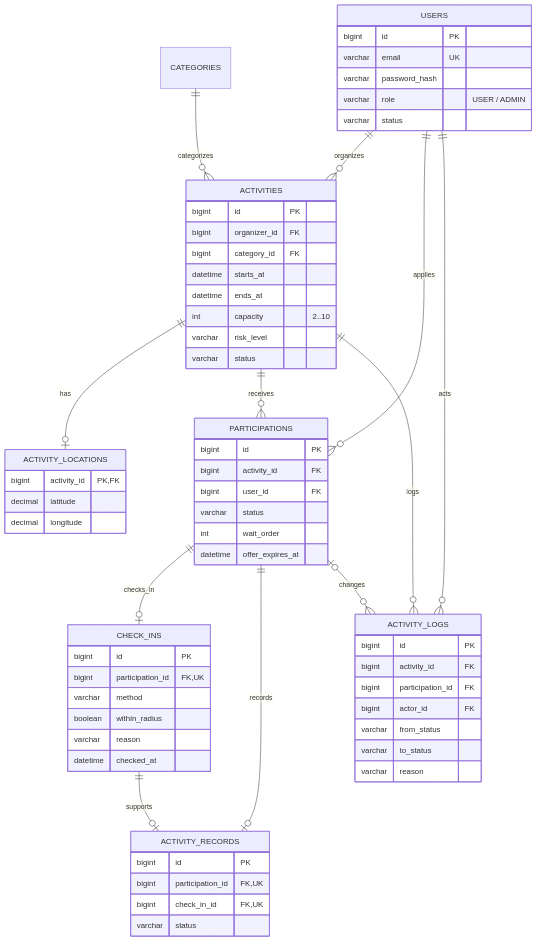
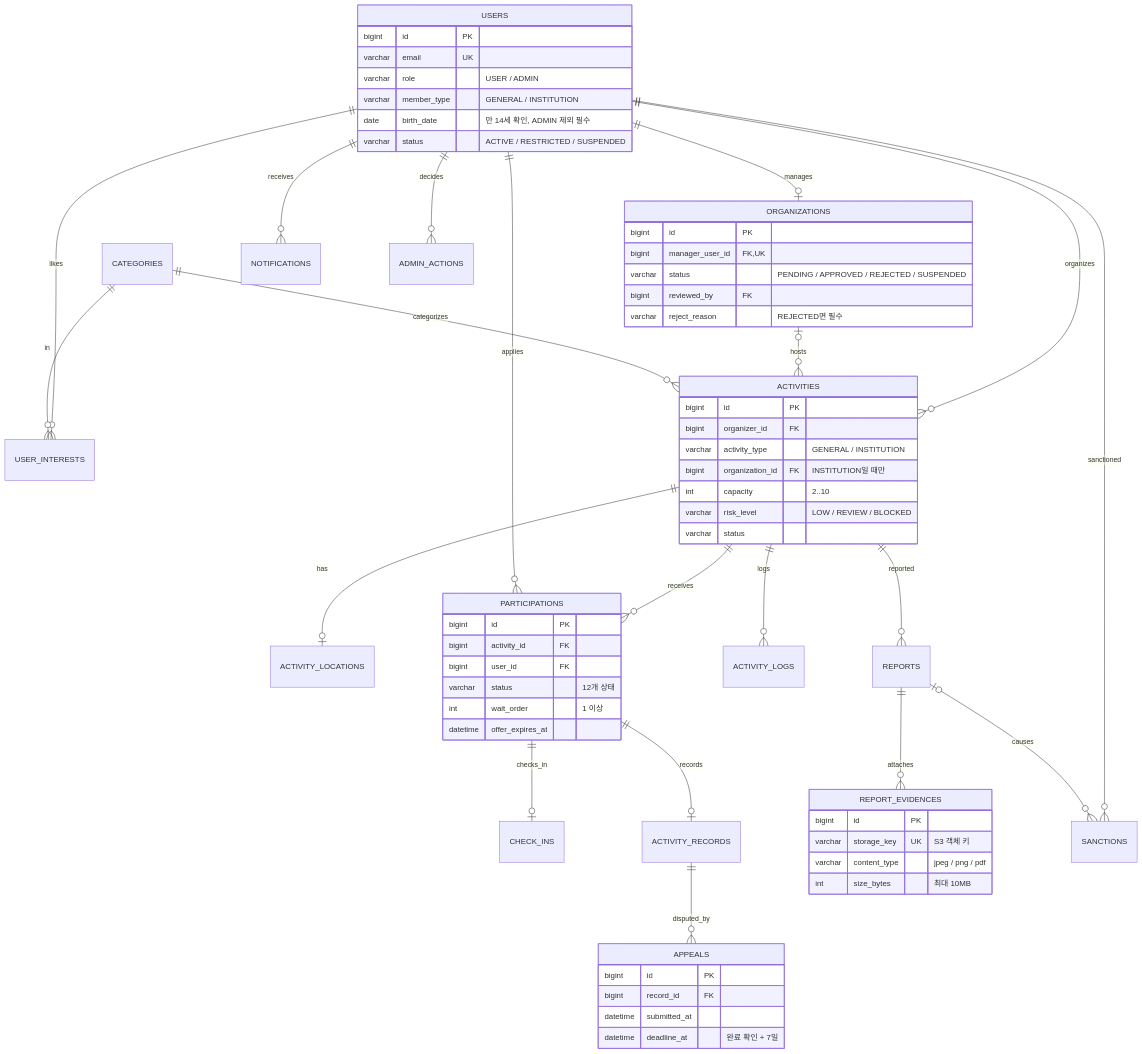
The second of 4 diagrams in docs/architecture.md (lov22eee/Volink), drawn with Mermaid before and after one commit. The commit also changed other lines of this file and 37 other files, not shown here.

First line of the commit message:
feat: complete week 2 spec, V3 schema, input rules and handoff

````diff
--- a/docs/architecture.md
+++ b/docs/architecture.md
@@ -22,67 +24,66 @@
 ```mermaid
 erDiagram
+    USERS ||--o| ORGANIZATIONS : manages
+    USERS ||--o{ USER_INTERESTS : likes
+    CATEGORIES ||--o{ USER_INTERESTS : in
     USERS ||--o{ ACTIVITIES : organizes
+    ORGANIZATIONS o|--o{ ACTIVITIES : hosts
     CATEGORIES ||--o{ ACTIVITIES : categorizes
     ACTIVITIES ||--o| ACTIVITY_LOCATIONS : has
     ACTIVITIES ||--o{ PARTICIPATIONS : receives
     USERS ||--o{ PARTICIPATIONS : applies
     PARTICIPATIONS ||--o| CHECK_INS : checks_in
     PARTICIPATIONS ||--o| ACTIVITY_RECORDS : records
-    CHECK_INS ||--o| ACTIVITY_RECORDS : supports
+    ACTIVITY_RECORDS ||--o{ APPEALS : disputed_by
     ACTIVITIES ||--o{ ACTIVITY_LOGS : logs
-    PARTICIPATIONS o|--o{ ACTIVITY_LOGS : changes
-    USERS ||--o{ ACTIVITY_LOGS : acts
+    USERS ||--o{ NOTIFICATIONS : receives
+    ACTIVITIES ||--o{ REPORTS : reported
+    REPORTS ||--o{ REPORT_EVIDENCES : attaches
+    USERS ||--o{ SANCTIONS : sanctioned
+    REPORTS o|--o{ SANCTIONS : causes
+    USERS ||--o{ ADMIN_ACTIONS : decides
     USERS {
         bigint id PK
         varchar email UK
-        varchar password_hash
         varchar role "USER / ADMIN"
-        varchar status
+        varchar member_type "GENERAL / INSTITUTION"
+        date birth_date "만 14세 확인, ADMIN 제외 필수"
+        varchar status "ACTIVE / RESTRICTED / SUSPENDED"
+    }
+    ORGANIZATIONS {
+        bigint id PK
+        bigint manager_user_id FK,UK
+        varchar status "PENDING / APPROVED / REJECTED / SUSPENDED"
+        bigint reviewed_by FK
+        varchar reject_reason "REJECTED면 필수"
     }
     ACTIVITIES {
         bigint id PK
         bigint organizer_id FK
-        bigint category_id FK
-        datetime starts_at
-        datetime ends_at
+        varchar activity_type "GENERAL / INSTITUTION"
+        bigint organization_id FK "INSTITUTION일 때만"
         int capacity "2..10"
-        varchar risk_level
+        varchar risk_level "LOW / REVIEW / BLOCKED"
         varchar status
-    }
-    ACTIVITY_LOCATIONS {
-        bigint activity_id PK,FK
-        decimal latitude
-        decimal longitude
     }
     PARTICIPATIONS {
         bigint id PK
         bigint activity_id FK
         bigint user_id FK
-        varchar status
-        int wait_order
+        varchar status "12개 상태"
+        int wait_order "1 이상"
         datetime offer_expires_at
     }
-    CHECK_INS {
+    APPEALS {
         bigint id PK
-        bigint participation_id FK,UK
-        varchar method
-        boolean within_radius
-        varchar reason
-        datetime checked_at
+        bigint record_id FK
+        datetime submitted_at
+        datetime deadline_at "완료 확인 + 7일"
     }
-    ACTIVITY_RECORDS {
+    REPORT_EVIDENCES {
         bigint id PK
-        bigint participation_id FK,UK
-        bigint check_in_id FK,UK
-        varchar status
-    }
-    ACTIVITY_LOGS {
-        bigint id PK
-        bigint activity_id FK
-        bigint participation_id FK
-        bigint actor_id FK
-        varchar from_status
-        varchar to_status
-        varchar reason
+        varchar storage_key UK "S3 객체 키"
+        varchar content_type "jpeg / png / pdf"
+        int size_bytes "최대 10MB"
     }
 ```
````
